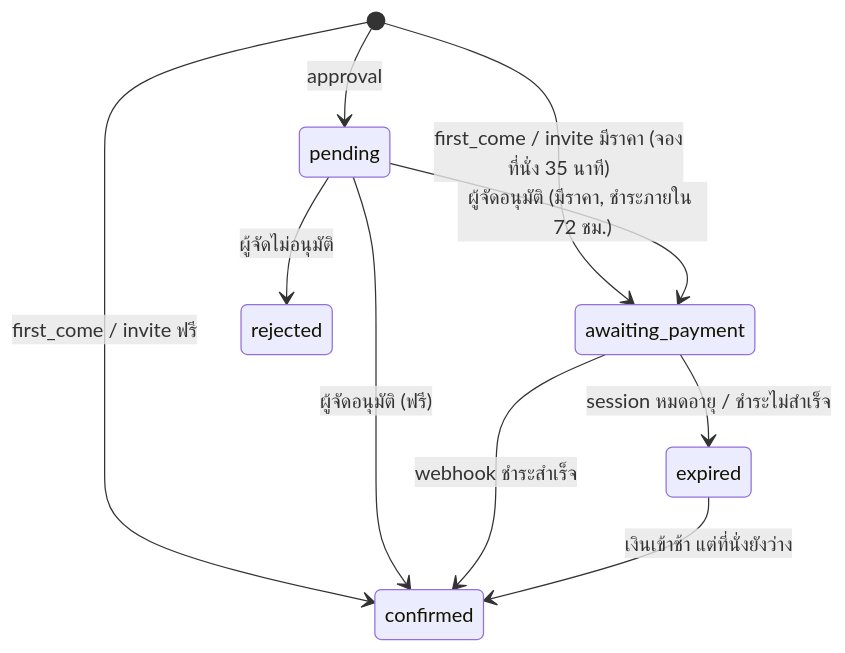
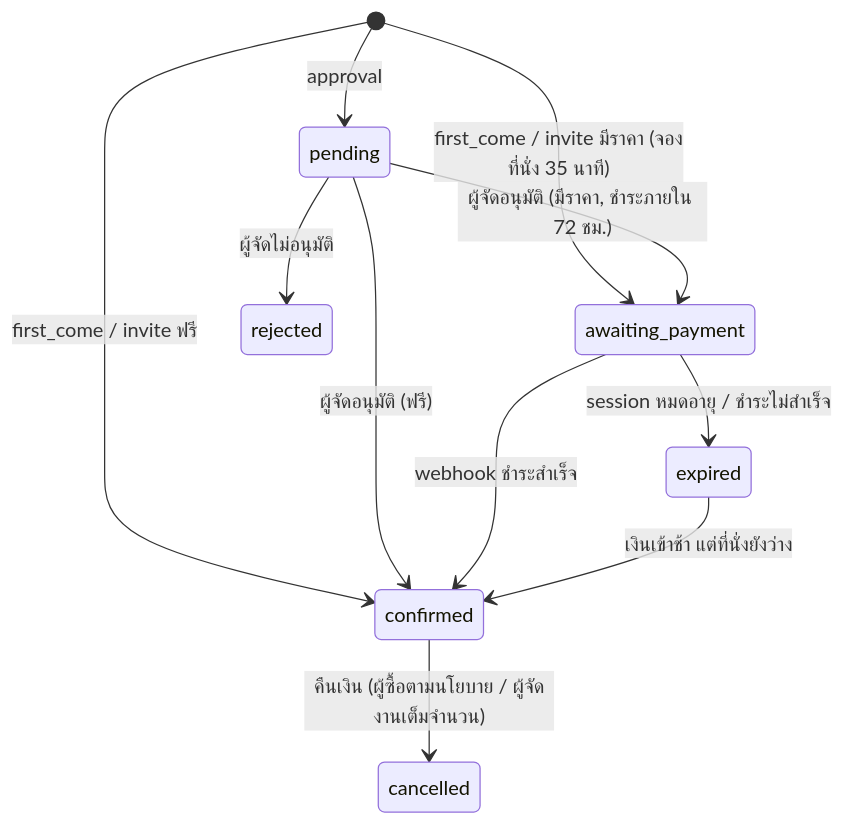
The second of 4 diagrams in docs/tickets.md (Phoz07/Cloud_Computing2026-Project), drawn with Mermaid before and after one commit. The commit also changed other lines of this file and 46 other files, not shown here.

````diff
--- a/docs/tickets.md
+++ b/docs/tickets.md
@@ -80,14 +82,16 @@
 ```mermaid
 stateDiagram-v2
   [*] --> confirmed: first_come / invite ฟรี
   [*] --> awaiting_payment: first_come / invite มีราคา (จองที่นั่ง 35 นาที)
   [*] --> pending: approval
 
   pending --> confirmed: ผู้จัดอนุมัติ (ฟรี)
   pending --> awaiting_payment: ผู้จัดอนุมัติ (มีราคา, ชำระภายใน 72 ชม.)
   pending --> rejected: ผู้จัดไม่อนุมัติ
 
   awaiting_payment --> confirmed: webhook ชำระสำเร็จ
   awaiting_payment --> expired: session หมดอายุ / ชำระไม่สำเร็จ
   expired --> confirmed: เงินเข้าช้า แต่ที่นั่งยังว่าง
+
+  confirmed --> cancelled: คืนเงิน (ผู้ซื้อตามนโยบาย / ผู้จัดงานเต็มจำนวน)
 ```
````
